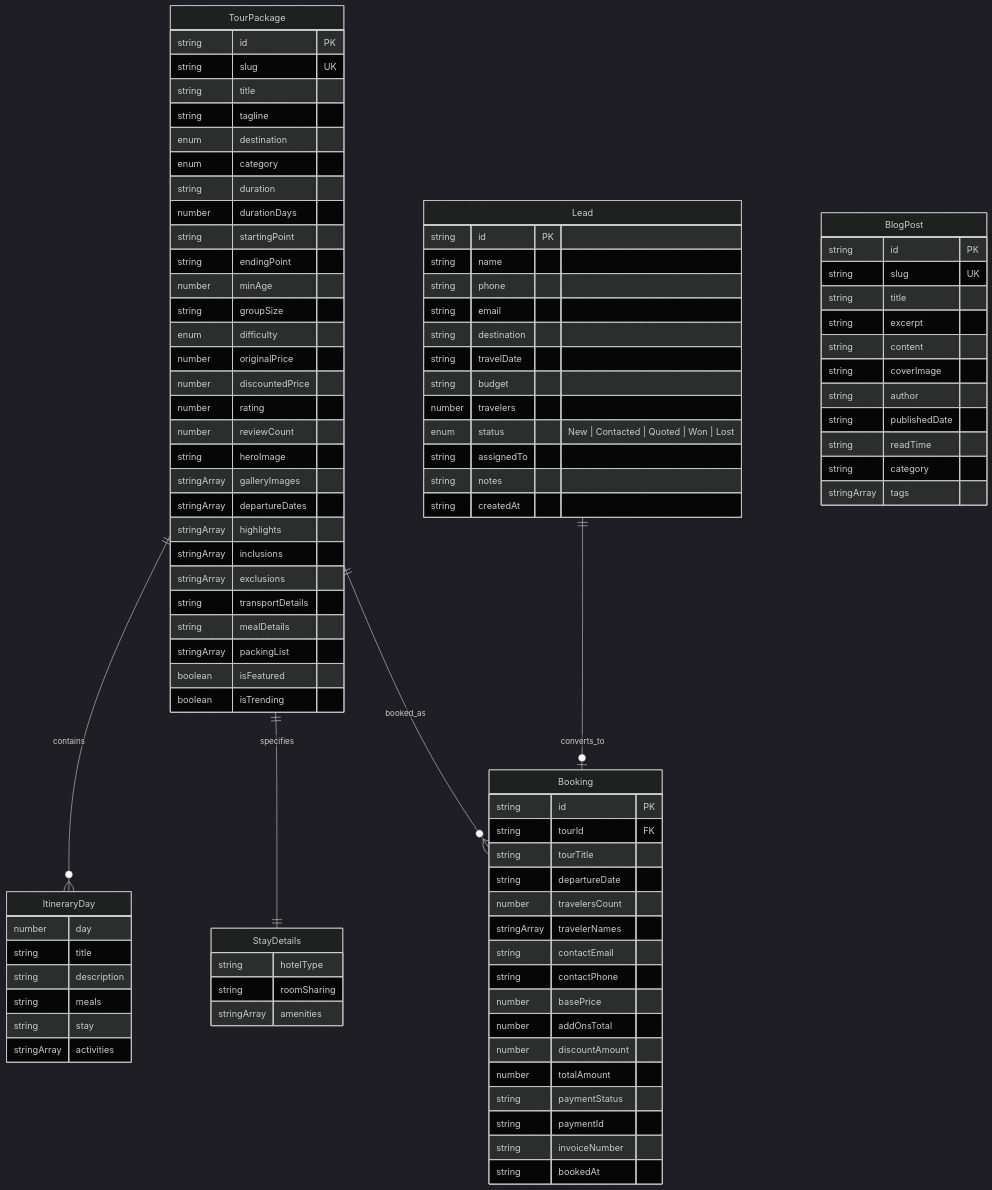
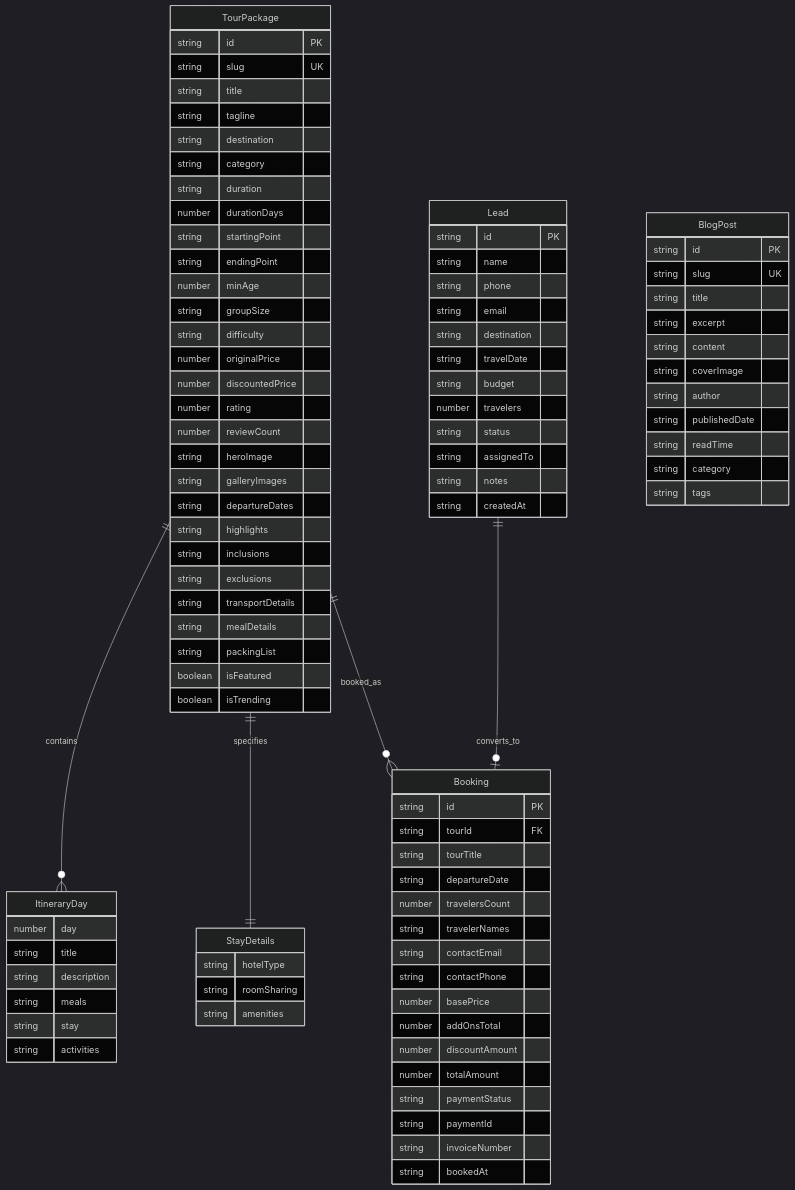
The second of 5 diagrams in README.md (drdhavaltrivedi/humtripwale-travel), drawn with Mermaid (dark theme) before and after one commit. The commit also changed other lines of this file, not shown here.

Commit message:
docs: fix Mermaid syntax and quote node labels in README.md

````diff
--- a/README.md
+++ b/README.md
@@ -118,28 +118,28 @@
         string slug UK
         string title
         string tagline
-        enum destination
-        enum category
+        string destination
+        string category
         string duration
         number durationDays
         string startingPoint
         string endingPoint
         number minAge
         string groupSize
-        enum difficulty
+        string difficulty
         number originalPrice
         number discountedPrice
         number rating
         number reviewCount
         string heroImage
-        stringArray galleryImages
-        stringArray departureDates
-        stringArray highlights
-        stringArray inclusions
-        stringArray exclusions
+        string galleryImages
+        string departureDates
+        string highlights
+        string inclusions
+        string exclusions
         string transportDetails
         string mealDetails
-        stringArray packingList
+        string packingList
         boolean isFeatured
         boolean isTrending
     }
@@ -150,13 +150,13 @@
         string description
         string meals
         string stay
-        stringArray activities
+        string activities
     }
 
     StayDetails {
         string hotelType
         string roomSharing
-        stringArray amenities
+        string amenities
     }
 
     Booking {
@@ -165,7 +165,7 @@
         string tourTitle
         string departureDate
         number travelersCount
-        stringArray travelerNames
+        string travelerNames
         string contactEmail
         string contactPhone
         number basePrice
@@ -187,7 +187,7 @@
         string travelDate
         string budget
         number travelers
-        enum status "New | Contacted | Quoted | Won | Lost"
+        string status
         string assignedTo
         string notes
         string createdAt
@@ -204,6 +204,6 @@
         string publishedDate
         string readTime
         string category
-        stringArray tags
+        string tags
     }
 ```
````
